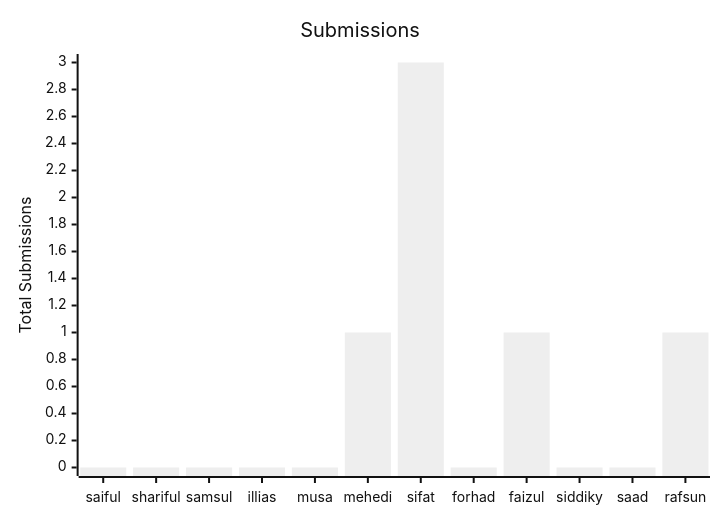
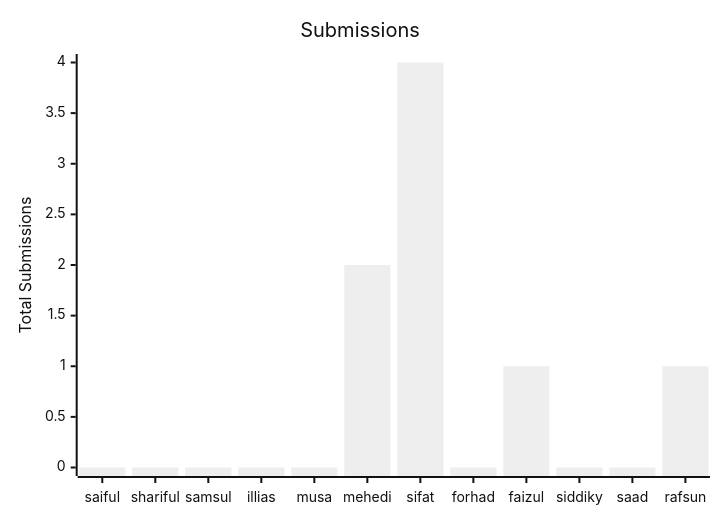
One commit to salauddin-sifat-qp/qp-coding-challenge changed the second of 2 diagrams in README.md. Above: the diagram before and after it, drawn with Mermaid (neutral theme). The commit also changed other lines of this file and 2 other files, not shown here.

````diff
--- a/README.md
+++ b/README.md
@@ -34,7 +34,7 @@
 ```mermaid
 xychart-beta
     title Submissions
     x-axis [saiful, shariful, samsul, illias, musa, mehedi, sifat, forhad, faizul, siddiky, saad, rafsun]
     y-axis "Total Submissions"
-    bar    [  0,      0,        0,      0,      0,     1,     3,       0,     1,       0,     0,     1  ]
+    bar    [  0,      0,        0,      0,      0,     2,     4,       0,     1,       0,     0,     1  ]
 ```
````
